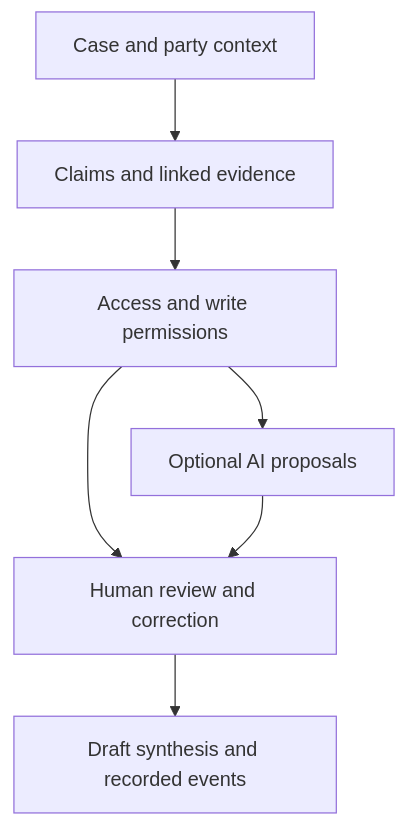
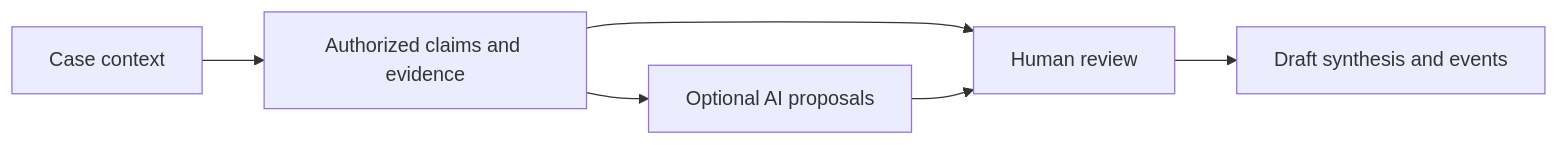
Before and after one commit to martinlepage26-bit/aequitas: the diagram in README.md, drawn with Mermaid.

Commit message:
docs: keep workflow diagrams compact for repository browsing

````diff
--- a/README.md
+++ b/README.md
@@ -9,9 +9,8 @@
 ```mermaid
-flowchart TD
-  A["Case and party context"] --> B["Claims and linked evidence"]
-  B --> C["Access and write permissions"]
-  C --> D["Human review and correction"]
-  C --> E["Optional AI proposals"]
-  E --> D
-  D --> F["Draft synthesis and recorded events"]
+flowchart LR
+  A["Case context"] --> B["Authorized claims and evidence"]
+  B --> C["Human review"]
+  B --> D["Optional AI proposals"]
+  D --> C
+  C --> E["Draft synthesis and events"]
 ```
````
